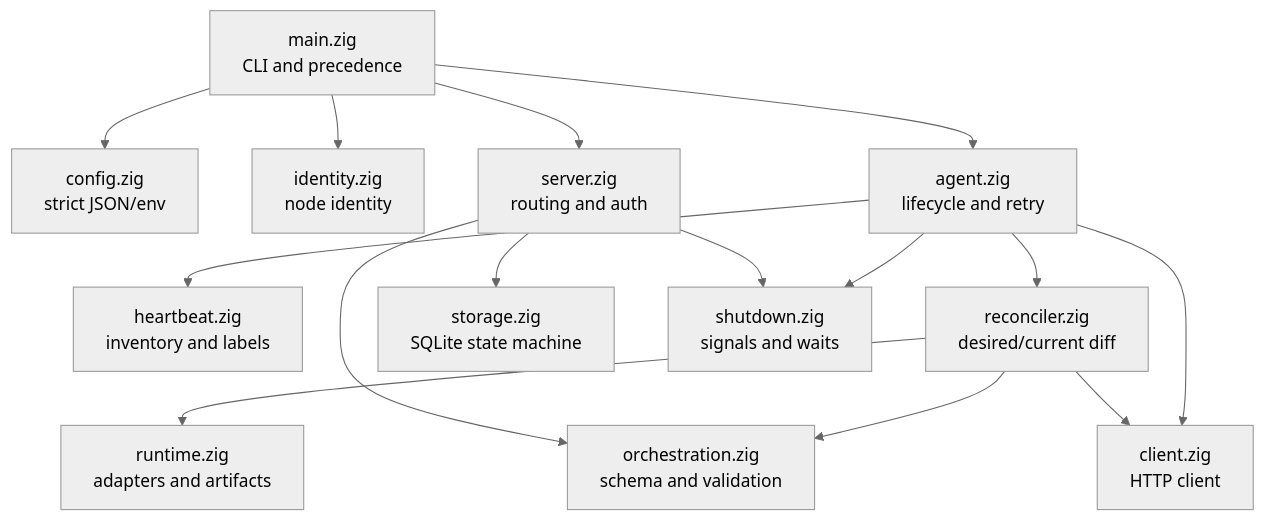
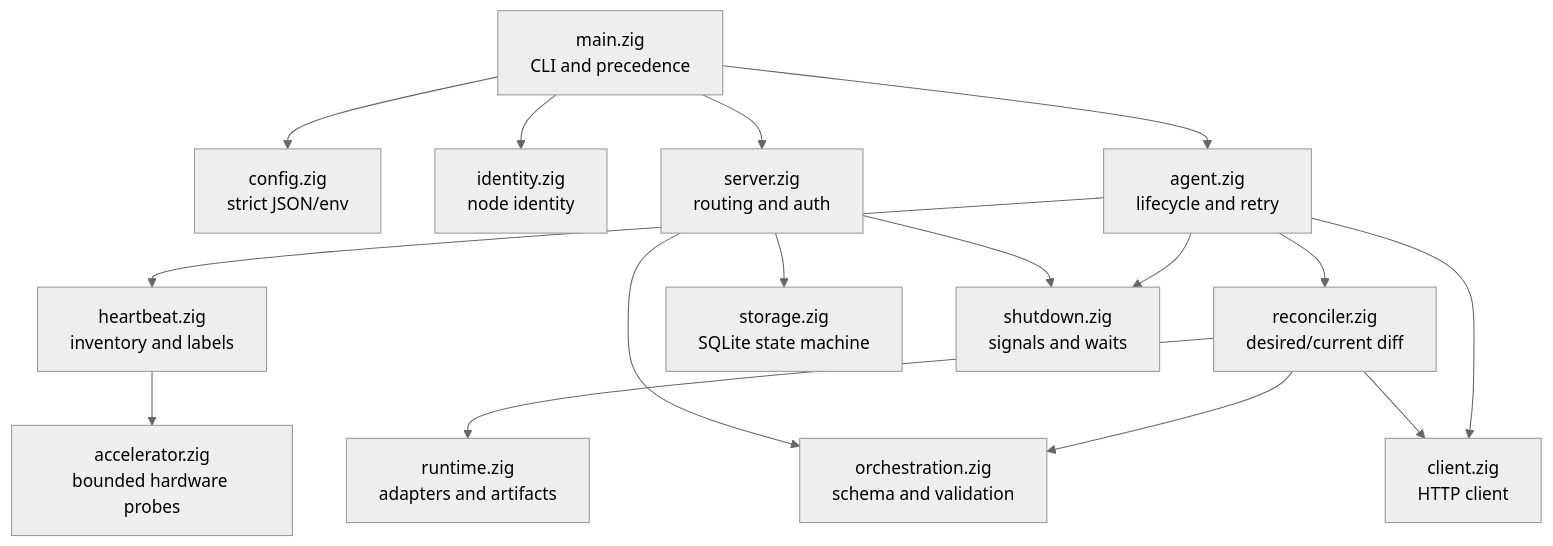
Before and after one commit to ziwon/nimbus: the second of 3 diagrams in docs/architecture.md, drawn with Mermaid (neutral theme). The commit also changed other lines of this file and 3 other files, not shown here.

````diff
--- a/docs/architecture.md
+++ b/docs/architecture.md
@@ -95,30 +96,32 @@
 ```mermaid
 flowchart TB
     Main[main.zig<br/>CLI and precedence]
     Config[config.zig<br/>strict JSON/env]
     Identity[identity.zig<br/>node identity]
     Heartbeat[heartbeat.zig<br/>inventory and labels]
+    Accelerator[accelerator.zig<br/>bounded hardware probes]
     Agent[agent.zig<br/>lifecycle and retry]
     Reconcile[reconciler.zig<br/>desired/current diff]
     Runtime[runtime.zig<br/>adapters and artifacts]
     Protocol[orchestration.zig<br/>schema and validation]
     Client[client.zig<br/>HTTP client]
     Server[server.zig<br/>routing and auth]
     Storage[storage.zig<br/>SQLite state machine]
     Shutdown[shutdown.zig<br/>signals and waits]
 
     Main --> Config
     Main --> Identity
     Main --> Agent
     Main --> Server
     Agent --> Heartbeat
+    Heartbeat --> Accelerator
     Agent --> Reconcile
     Agent --> Client
     Agent --> Shutdown
     Reconcile --> Protocol
     Reconcile --> Runtime
     Reconcile --> Client
     Server --> Protocol
     Server --> Storage
     Server --> Shutdown
 ```
````
